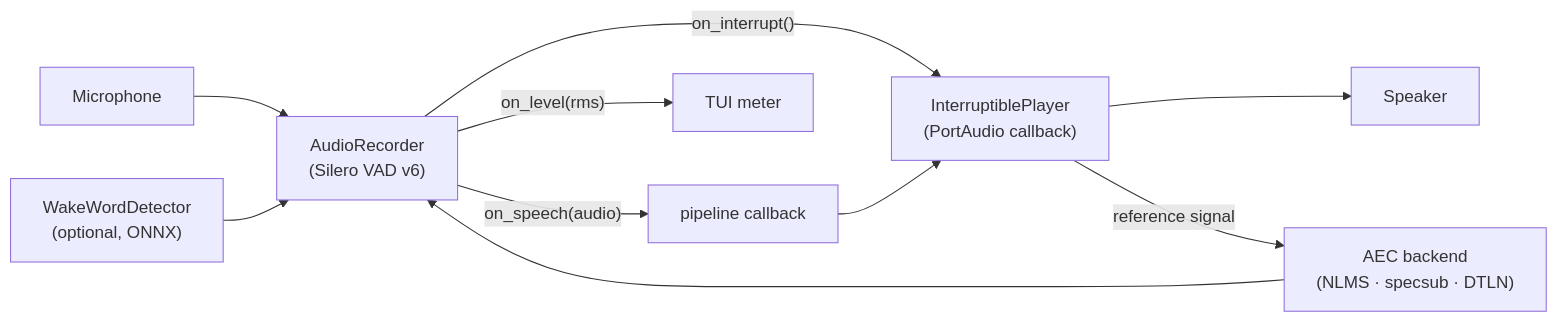
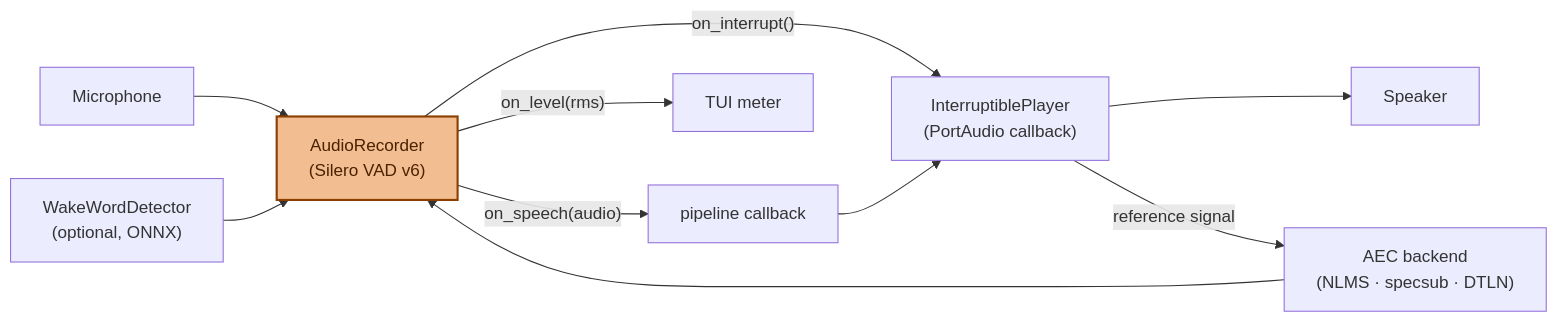
The second of 10 diagrams in docs/documentation/components.md (vietanhdev/edgevox), drawn with Mermaid before and after one commit. The commit also changed other lines of this file and 10 other files, not shown here.

````diff
--- a/docs/documentation/components.md
+++ b/docs/documentation/components.md
@@ -49,14 +51,16 @@
 ```mermaid
 flowchart LR
     MIC[Microphone] --> REC["AudioRecorder<br/>(Silero VAD v6)"]
     REC -->|"on_speech(audio)"| USER["pipeline callback"]
     REC -->|"on_level(rms)"| TUI["TUI meter"]
     REC -->|"on_interrupt()"| PLAYER
 
     USER --> PLAYER["InterruptiblePlayer<br/>(PortAudio callback)"]
     PLAYER --> SPK[Speaker]
     PLAYER -->|reference signal| AEC["AEC backend<br/>(NLMS · specsub · DTLN)"]
     AEC --> REC
 
     WAKE["WakeWordDetector<br/>(optional, ONNX)"] --> REC
+    classDef focal fill:#f3bd92,stroke:#8c4000,color:#4a2200,stroke-width:2px
+    class REC focal
 ```
````
